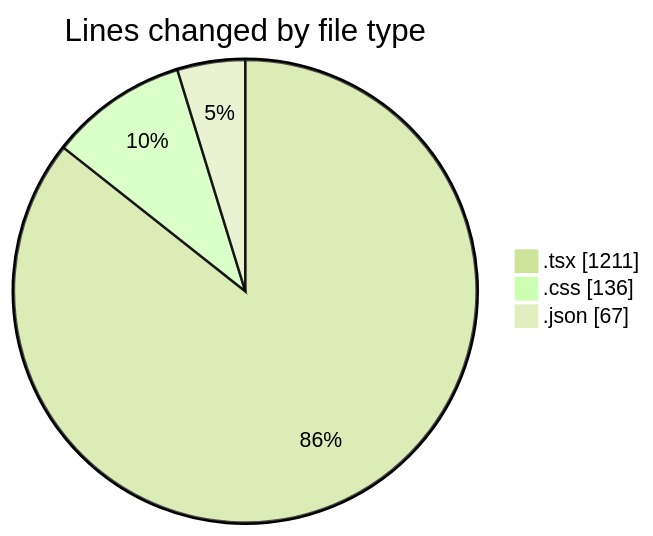
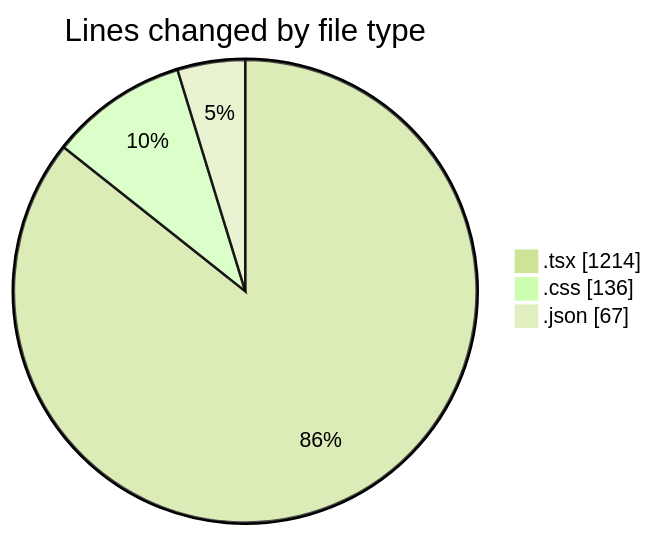
The first of 2 diagrams in 2025-01-08/mbc-web/README.md (robertbonfada/code-tracking), drawn with Mermaid (forest theme) before and after one commit. The commit also changed other lines of this file and 1 other file, not shown here.

````diff
--- a/2025-01-08/mbc-web/README.md
+++ b/2025-01-08/mbc-web/README.md
@@ -33,7 +33,7 @@
 ```mermaid
 pie showData
 title Lines changed by file type
-".tsx" : 1211
+".tsx" : 1214
 ".css" : 136
 ".json" : 67
 ```
````
